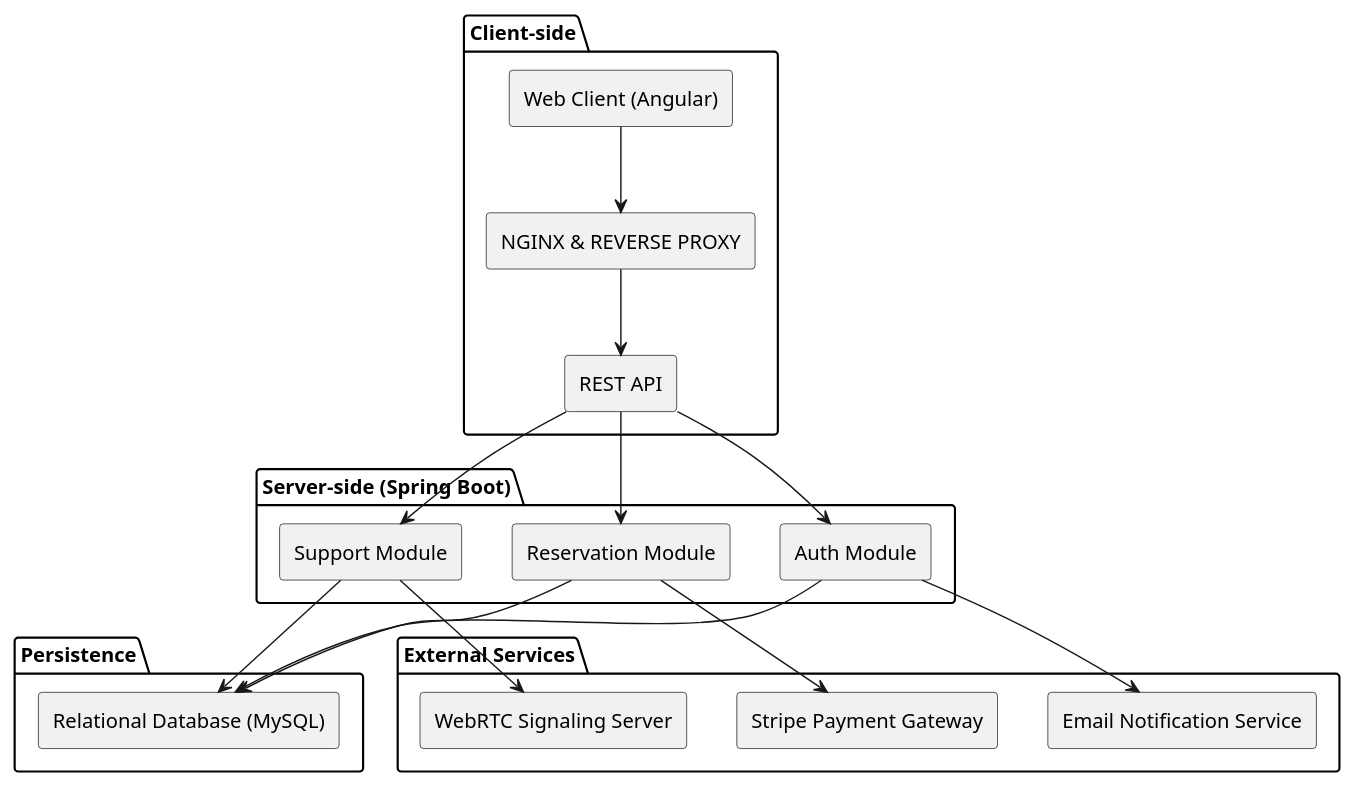
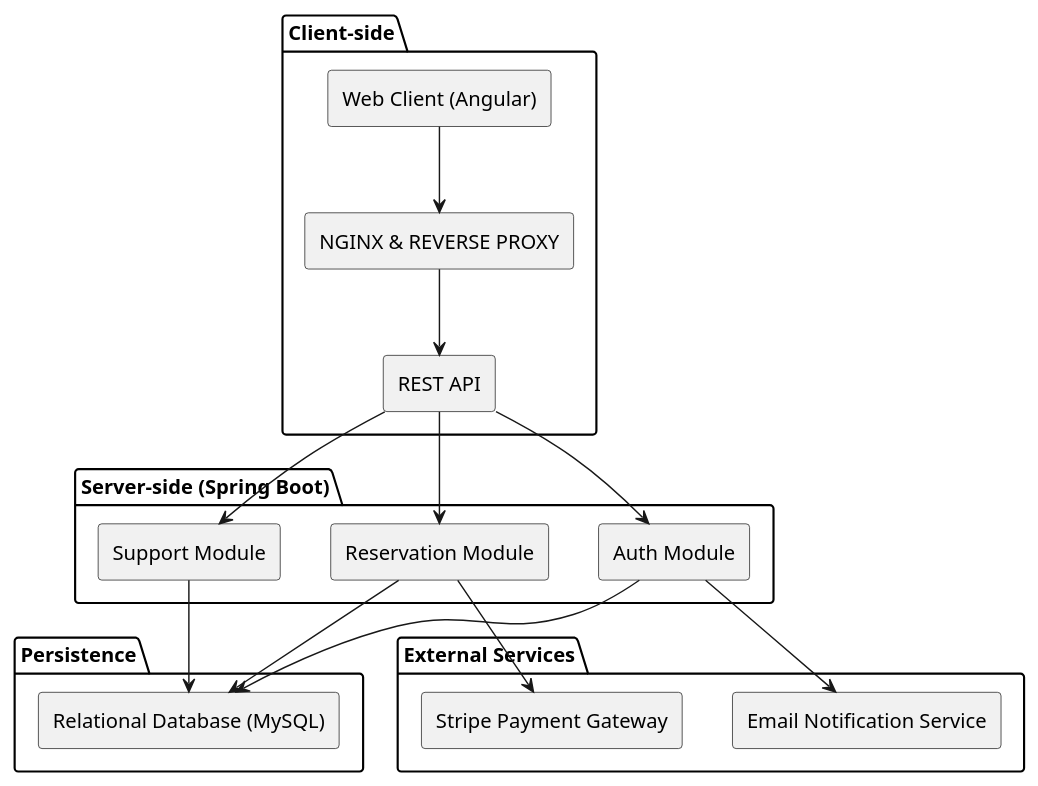
The diagram in diagram/component-diagram.plantuml (axelker/your-car-your-way-oc-13), drawn with PlantUML before and after one commit. The commit also changed 3 other files, not shown here.

Commit message:
docs: improve diagrams

```diff
--- a/diagram/component-diagram.plantuml
+++ b/diagram/component-diagram.plantuml
@@ -1,31 +1,29 @@
 @startuml
 skinparam componentStyle rectangle
 
 package "Client-side" {
   [Web Client (Angular)] --> [NGINX & REVERSE PROXY]
   [NGINX & REVERSE PROXY] --> [REST API]
 }
 
 package "Server-side (Spring Boot)" {
   [REST API] --> [Auth Module]
   [REST API] --> [Reservation Module]
   [REST API] --> [Support Module]
 }
 
 package "Persistence" {
   [Relational Database (MySQL)]
   [Auth Module] --> [Relational Database (MySQL)]
   [Reservation Module] --> [Relational Database (MySQL)]
   [Support Module] --> [Relational Database (MySQL)]
 }
 
 package "External Services" {
   [Stripe Payment Gateway]
-  [WebRTC Signaling Server]
   [Email Notification Service]
   [Reservation Module] --> [Stripe Payment Gateway]
-  [Support Module] --> [WebRTC Signaling Server]
   [Auth Module] --> [Email Notification Service]
 }
 
 @enduml
```
